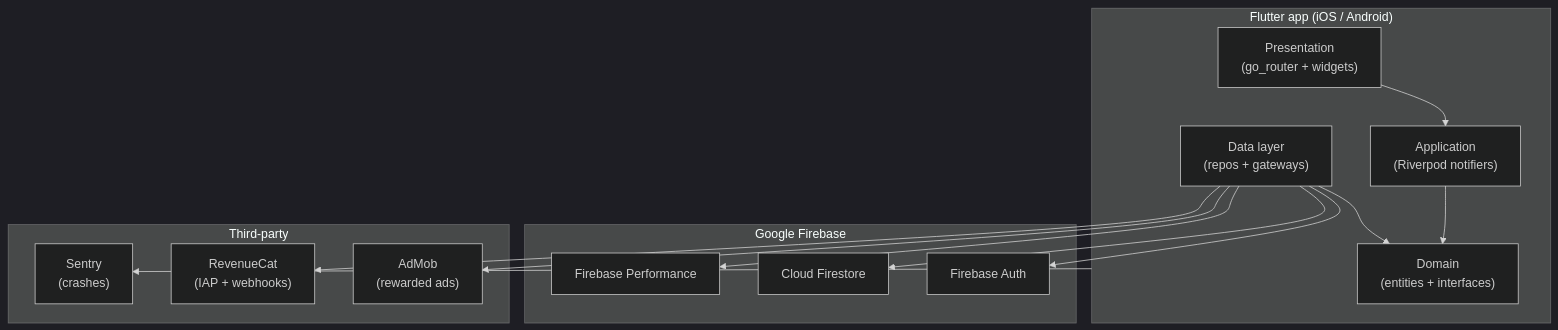
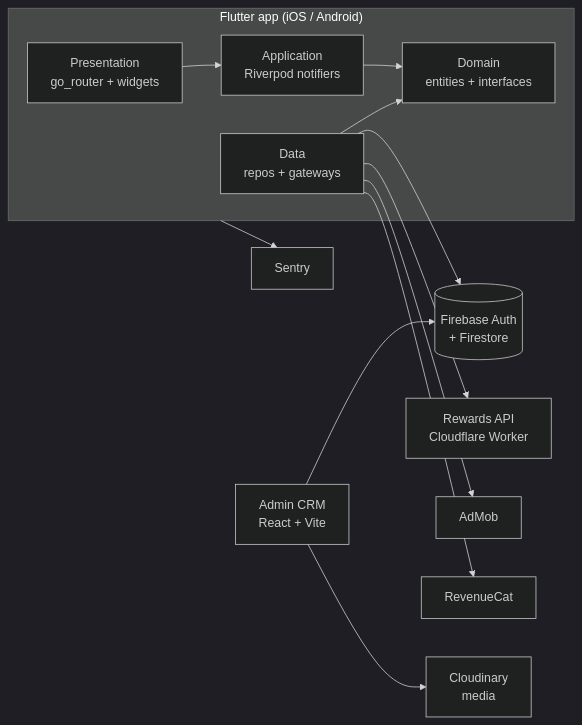
The diagram in README.md (delevski/ShortiGo), drawn with Mermaid (dark theme) before and after one commit. The commit also changed other lines of this file, not shown here.

````diff
--- a/README.md
+++ b/README.md
@@ -41,30 +24,14 @@
 ```mermaid
-flowchart TB
-  subgraph Client["Flutter app (iOS / Android)"]
-    UI["Presentation\n(go_router + widgets)"]
-    App["Application\n(Riverpod notifiers)"]
-    Domain["Domain\n(entities + interfaces)"]
-    Data["Data layer\n(repos + gateways)"]
-    UI --> App --> Domain
-    Data --> Domain
+flowchart LR
+  subgraph App["Flutter app (iOS / Android)"]
+    P[Presentation<br/>go_router + widgets] --> A[Application<br/>Riverpod notifiers] --> D[Domain<br/>entities + interfaces]
+    DL[Data<br/>repos + gateways] --> D
   end
-
-  subgraph Firebase["Google Firebase"]
-    Auth["Firebase Auth"]
-    FS["Cloud Firestore"]
-    Perf["Firebase Performance"]
-  end
-
-  subgraph External["Third-party"]
-    AdMob["AdMob\n(rewarded ads)"]
-    RC["RevenueCat\n(IAP + webhooks)"]
-    Sentry["Sentry\n(crashes)"]
-  end
-
-  Data --> Auth
-  Data --> FS
-  Data --> Perf
-  Data --> AdMob
-  Data --> RC
-  Client --> Sentry
+  DL --> FB[(Firebase Auth<br/>+ Firestore)]
+  DL --> RW[Rewards API<br/>Cloudflare Worker]
+  DL --> AD[AdMob]
+  DL --> RC[RevenueCat]
+  App --> SE[Sentry]
+  CRM[Admin CRM<br/>React + Vite] --> FB
+  CRM --> CL[Cloudinary<br/>media]
 ```
````
